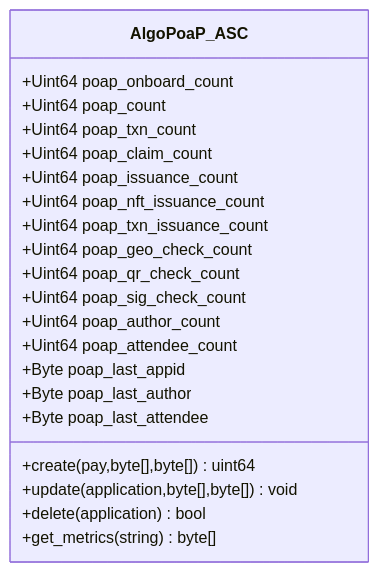
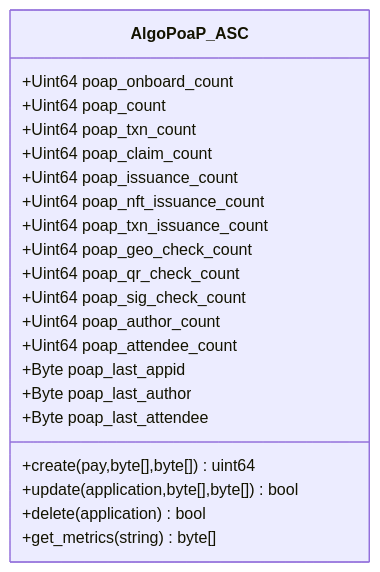
Before and after one commit to GoPlausible/.github: the eighth of 10 diagrams in profile/README.md, drawn with Mermaid.

````diff
--- a/profile/README.md
+++ b/profile/README.md
@@ -300,26 +300,26 @@
 ```mermaid
   classDiagram
     class AlgoPoaP_ASC
     AlgoPoaP_ASC : +Uint64 poap_onboard_count
     AlgoPoaP_ASC : +Uint64 poap_count
     AlgoPoaP_ASC : +Uint64 poap_txn_count
     AlgoPoaP_ASC : +Uint64 poap_claim_count
     AlgoPoaP_ASC : +Uint64 poap_issuance_count
     AlgoPoaP_ASC : +Uint64 poap_nft_issuance_count
     AlgoPoaP_ASC : +Uint64 poap_txn_issuance_count
 
     AlgoPoaP_ASC : +Uint64 poap_geo_check_count
     AlgoPoaP_ASC : +Uint64 poap_qr_check_count
     AlgoPoaP_ASC : +Uint64 poap_sig_check_count
 
     AlgoPoaP_ASC : +Uint64 poap_author_count
     AlgoPoaP_ASC : +Uint64 poap_attendee_count
     AlgoPoaP_ASC : +Byte poap_last_appid
     AlgoPoaP_ASC : +Byte poap_last_author
     AlgoPoaP_ASC : +Byte poap_last_attendee
     AlgoPoaP_ASC : +create(pay,byte[],byte[])uint64
-    AlgoPoaP_ASC : +update(application,byte[],byte[])void
+    AlgoPoaP_ASC : +update(application,byte[],byte[])bool
     AlgoPoaP_ASC : +delete(application)bool
     AlgoPoaP_ASC : +get_metrics(string)byte[]
     
 ```
````
